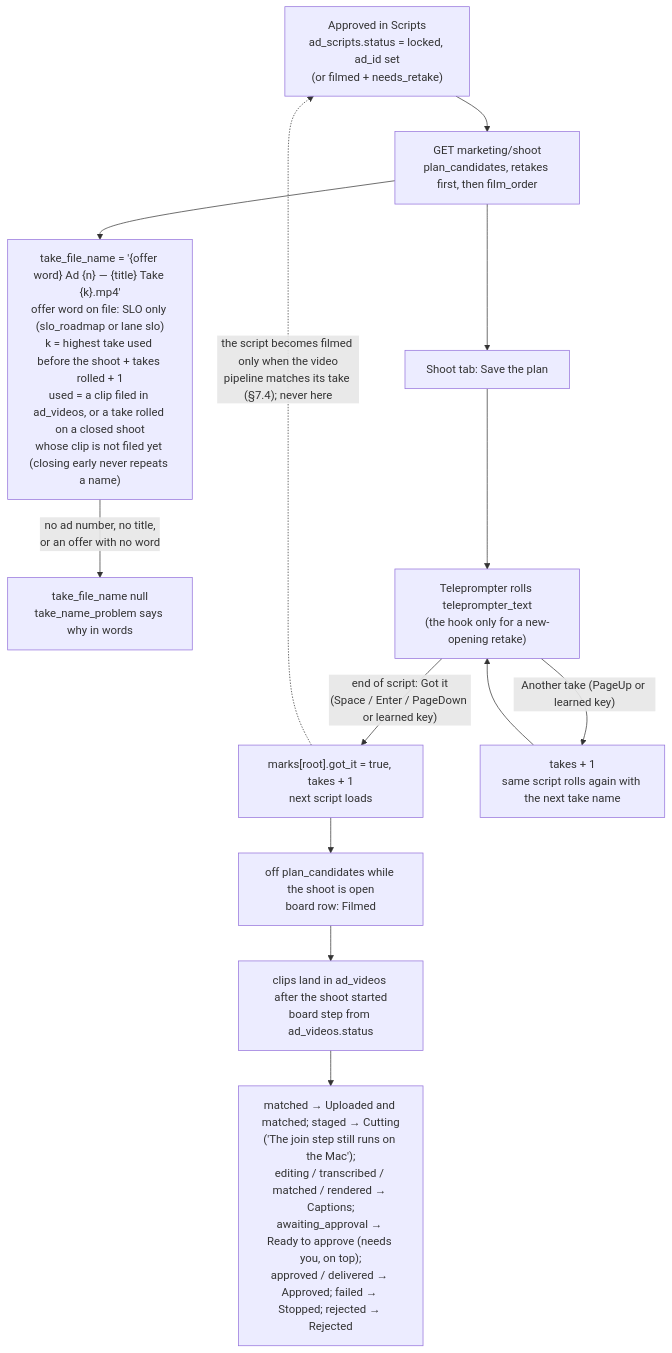
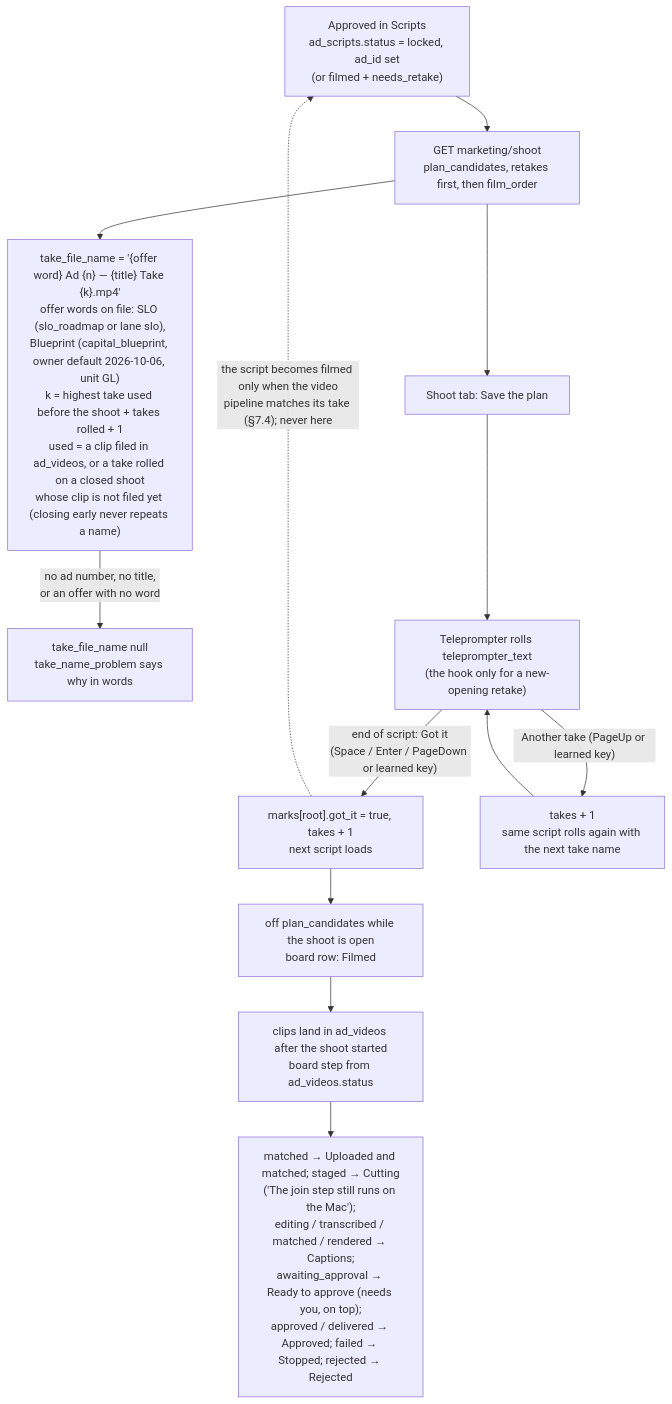
Before and after one commit to ZootimusMaximusSupreme/fundhub-platform: the second of 2 diagrams in docs/journeys/shoot-flow.md, drawn with Mermaid. The commit also changed 3 other files, not shown here.

First line of the commit message:
GL: Shoot Day knows the Blueprint offer word for take file names

````diff
--- a/docs/journeys/shoot-flow.md
+++ b/docs/journeys/shoot-flow.md
@@ -26,15 +26,15 @@
 ```mermaid
 flowchart TD
     A["Approved in Scripts<br/>ad_scripts.status = locked, ad_id set<br/>(or filmed + needs_retake)"] --> B["GET marketing/shoot<br/>plan_candidates, retakes first, then film_order"]
-    B --> N["take_file_name = '{offer word} Ad {n} — {title} Take {k}.mp4'<br/>offer word on file: SLO only (slo_roadmap or lane slo)<br/>k = highest take used before the shoot + takes rolled + 1<br/>used = a clip filed in ad_videos, or a take rolled on a closed shoot<br/>whose clip is not filed yet (closing early never repeats a name)"]
+    B --> N["take_file_name = '{offer word} Ad {n} — {title} Take {k}.mp4'<br/>offer words on file: SLO (slo_roadmap or lane slo),<br/>Blueprint (capital_blueprint, owner default 2026-10-06, unit GL)<br/>k = highest take used before the shoot + takes rolled + 1<br/>used = a clip filed in ad_videos, or a take rolled on a closed shoot<br/>whose clip is not filed yet (closing early never repeats a name)"]
     N -->|"no ad number, no title,<br/>or an offer with no word"| X["take_file_name null<br/>take_name_problem says why in words"]
     B --> P["Shoot tab: Save the plan"]
     P --> T["Teleprompter rolls teleprompter_text<br/>(the hook only for a new-opening retake)"]
     T -->|"end of script: Got it<br/>(Space / Enter / PageDown or learned key)"| G["marks[root].got_it = true, takes + 1<br/>next script loads"]
     T -->|"Another take (PageUp or learned key)"| R["takes + 1<br/>same script rolls again with the next take name"]
     R --> T
     G --> L["off plan_candidates while the shoot is open<br/>board row: Filmed"]
     L --> V["clips land in ad_videos after the shoot started<br/>board step from ad_videos.status"]
     V --> S["matched → Uploaded and matched; staged → Cutting<br/>('The join step still runs on the Mac');<br/>editing / transcribed / matched / rendered → Captions;<br/>awaiting_approval → Ready to approve (needs you, on top);<br/>approved / delivered → Approved; failed → Stopped; rejected → Rejected"]
     G -.->|"the script becomes filmed only when the video<br/>pipeline matches its take (§7.4); never here"| A
 ```
````
